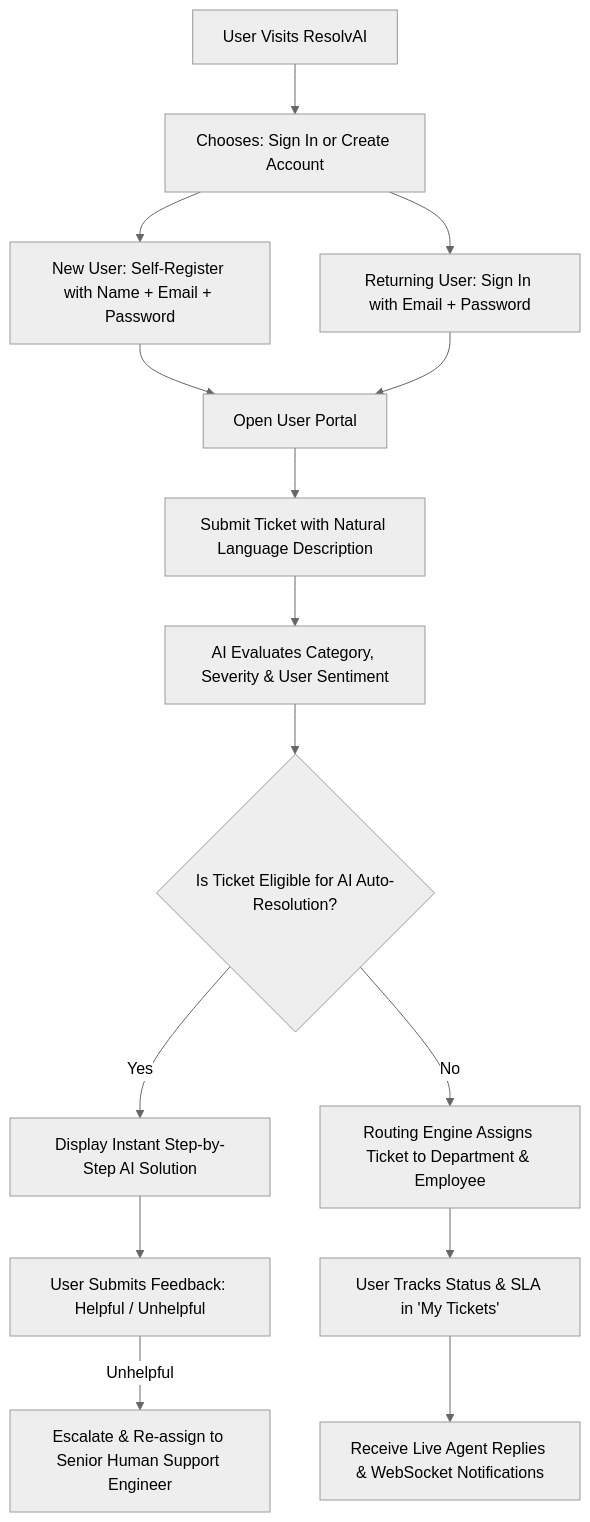
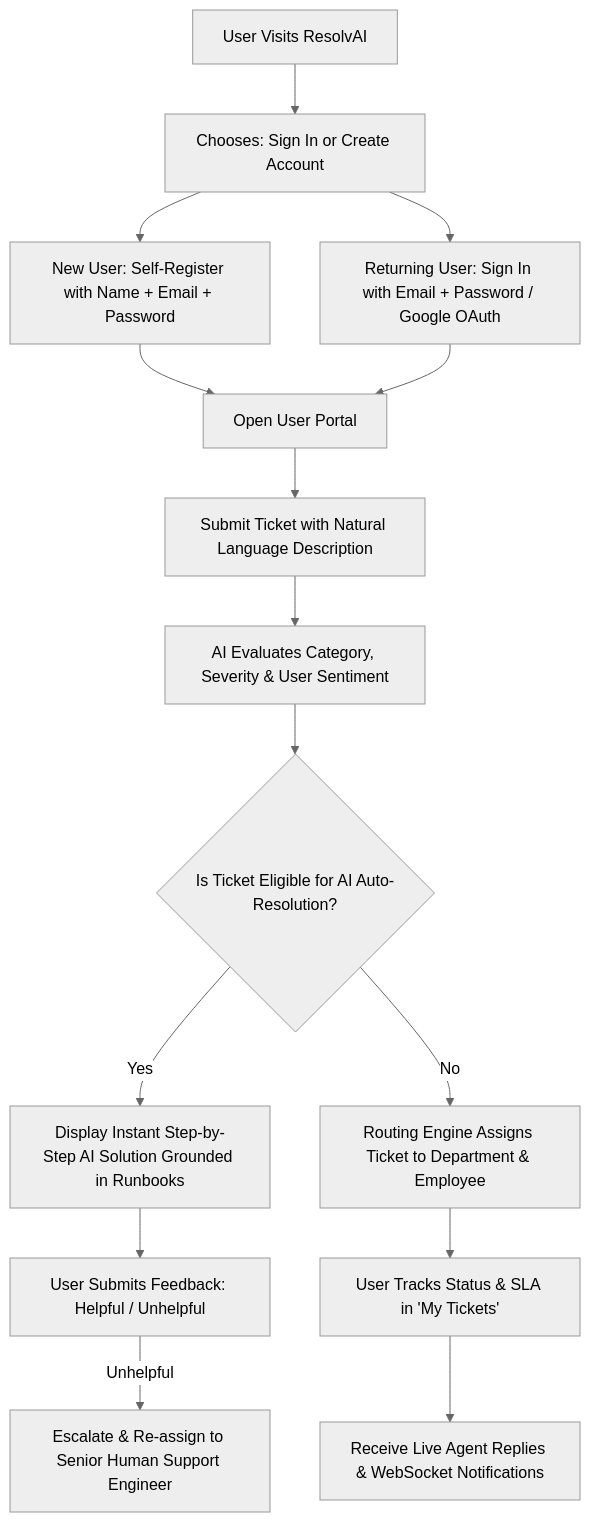
The first of 3 diagrams in ai-ticketing-system/README.md (adit-syntax/ResolvAI), drawn with Mermaid (neutral theme) before and after one commit. The commit also changed other lines of this file and 40 other files, not shown here.

````diff
--- a/ai-ticketing-system/README.md
+++ b/ai-ticketing-system/README.md
@@ -94,17 +121,17 @@
 ```mermaid
 graph TD
     A[User Visits ResolvAI] --> B[Chooses: Sign In or Create Account]
     B --> REG[New User: Self-Register with Name + Email + Password]
-    B --> LOGIN[Returning User: Sign In with Email + Password]
+    B --> LOGIN[Returning User: Sign In with Email + Password / Google OAuth]
     REG --> C[Open User Portal]
     LOGIN --> C
     C --> D[Submit Ticket with Natural Language Description]
     D --> E[AI Evaluates Category, Severity & User Sentiment]
     E --> F{Is Ticket Eligible for AI Auto-Resolution?}
-    F -- Yes --> G[Display Instant Step-by-Step AI Solution]
+    F -- Yes --> G[Display Instant Step-by-Step AI Solution Grounded in Runbooks]
     G --> H[User Submits Feedback: Helpful / Unhelpful]
     H -- Unhelpful --> I[Escalate & Re-assign to Senior Human Support Engineer]
     F -- No --> J[Routing Engine Assigns Ticket to Department & Employee]
     J --> K[User Tracks Status & SLA in 'My Tickets']
     K --> L[Receive Live Agent Replies & WebSocket Notifications]
 ```
````
